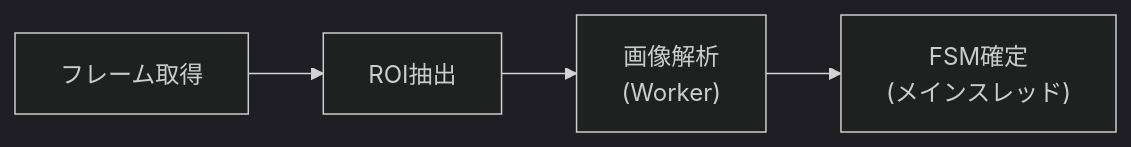
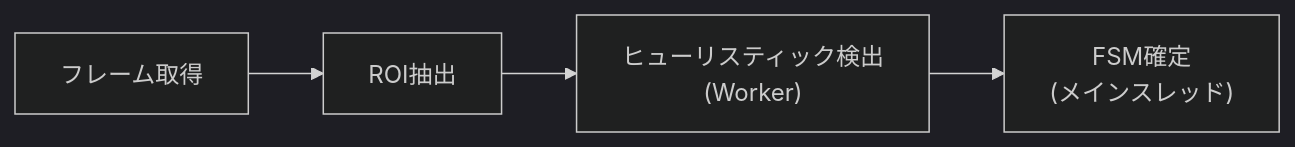
One commit to krtw00/duel-log-app changed the first of 2 diagrams in docs/03-details/screen-analysis.md. Above: the diagram before and after it, drawn with Mermaid (dark theme). The commit also changed other lines of this file and 13 other files, not shown here.

````diff
--- a/docs/03-details/screen-analysis.md
+++ b/docs/03-details/screen-analysis.md
@@ -52,4 +52,4 @@
 ```mermaid
 flowchart LR
-    A["フレーム取得"] --> B["ROI抽出"] --> C["画像解析<br/>(Worker)"] --> D["FSM確定<br/>(メインスレッド)"]
+    A["フレーム取得"] --> B["ROI抽出"] --> C["ヒューリスティック検出<br/>(Worker)"] --> D["FSM確定<br/>(メインスレッド)"]
 ```
````
